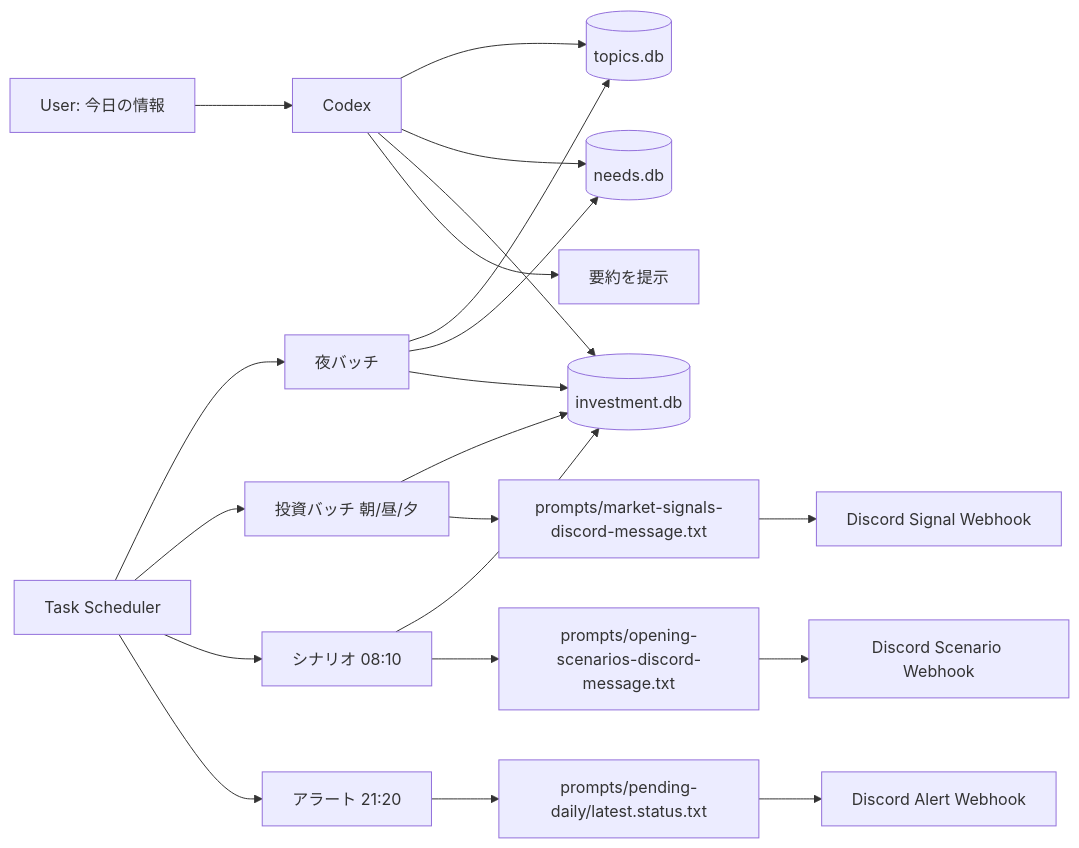
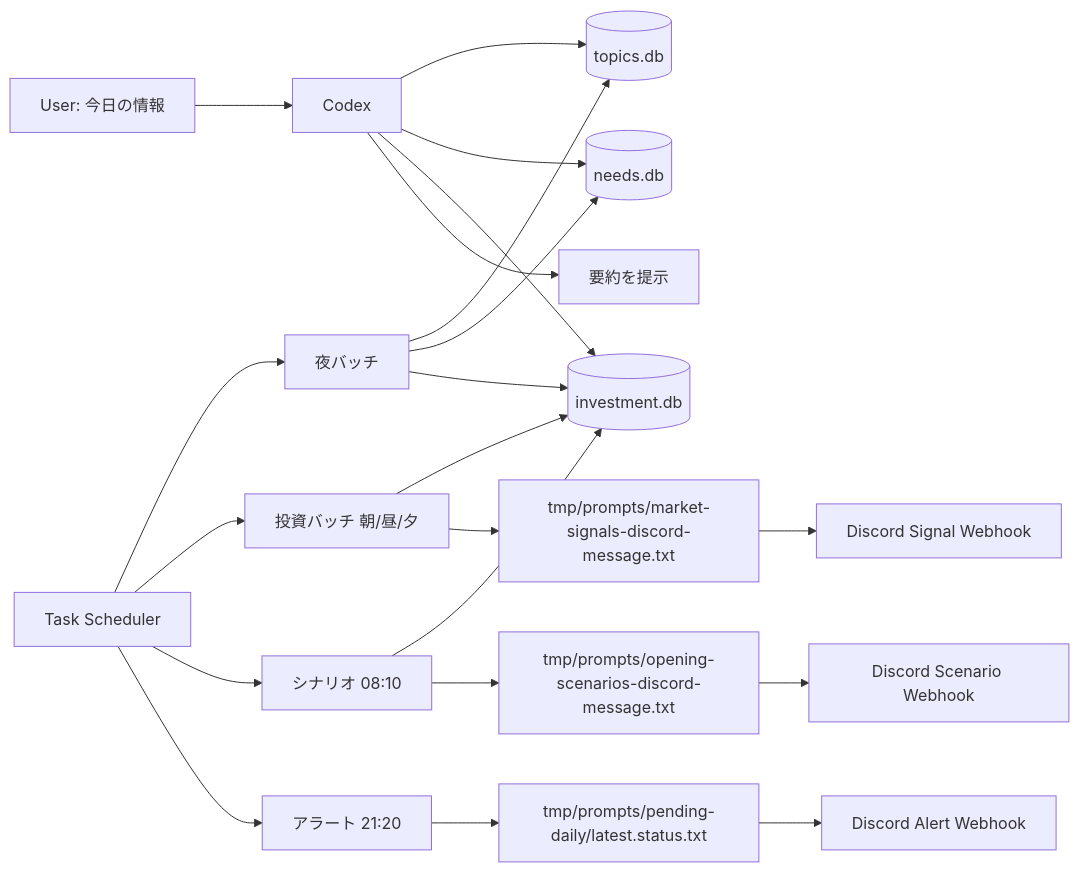
The first of 4 diagrams in doc/ops-flow-overview.md (yuta-kkkk0908/workSpace), drawn with Mermaid before and after one commit. The commit also changed 92 other files, not shown here.

````diff
--- a/doc/ops-flow-overview.md
+++ b/doc/ops-flow-overview.md
@@ -7,23 +7,23 @@
 ```mermaid
 flowchart LR
     TS[Task Scheduler] --> NIGHT[夜バッチ]
     TS --> INV[投資バッチ 朝/昼/夕]
     TS --> SCN[シナリオ 08:10]
     TS --> ALT[アラート 21:20]
     NIGHT --> TOPDB[(topics.db)]
     NIGHT --> NEEDDB[(needs.db)]
     NIGHT --> INVDB[(investment.db)]
     INV --> INVDB
     SCN --> INVDB
     USER[User: 今日の情報] --> CODEX[Codex]
     CODEX --> TOPDB
     CODEX --> NEEDDB
     CODEX --> INVDB
     CODEX --> OUT[要約を提示]
-    INV --> SIGMSG[prompts/market-signals-discord-message.txt]
-    SCN --> SCNMSG[prompts/opening-scenarios-discord-message.txt]
-    ALT --> ALMSG[prompts/pending-daily/latest.status.txt]
+    INV --> SIGMSG[tmp/prompts/market-signals-discord-message.txt]
+    SCN --> SCNMSG[tmp/prompts/opening-scenarios-discord-message.txt]
+    ALT --> ALMSG[tmp/prompts/pending-daily/latest.status.txt]
     SIGMSG --> D1[Discord Signal Webhook]
     SCNMSG --> D2[Discord Scenario Webhook]
     ALMSG --> D3[Discord Alert Webhook]
 ```
````
